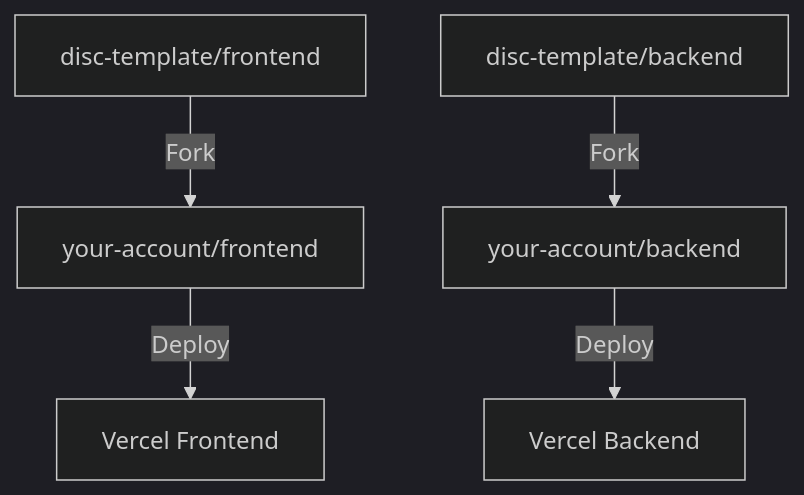
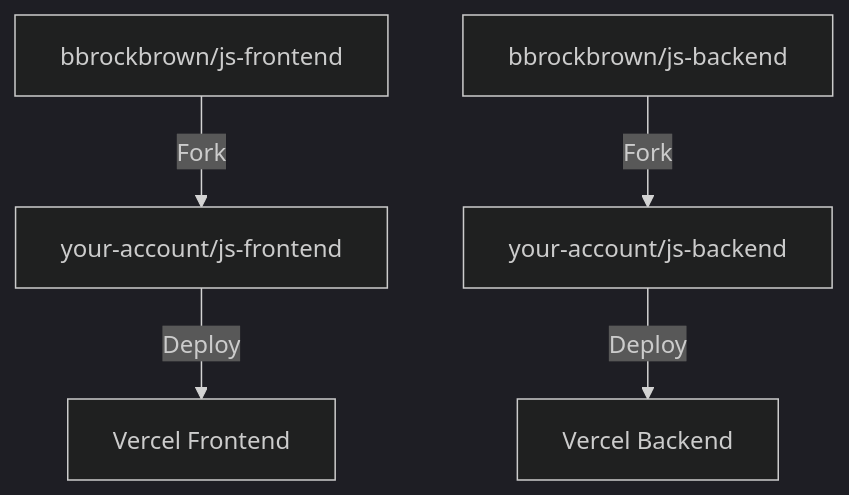
The diagram in docs/discover-program-template-project/getting-started.md (DISC-NU/DISC-Documentation-Website), drawn with Mermaid (dark theme) before and after one commit. The commit also changed other lines of this file and 6 other files, not shown here.

````diff
--- a/docs/discover-program-template-project/getting-started.md
+++ b/docs/discover-program-template-project/getting-started.md
@@ -46,7 +46,7 @@
 ```mermaid
 graph TB
-    A[disc-template/frontend] -->|Fork| B[your-account/frontend]
-    C[disc-template/backend] -->|Fork| D[your-account/backend]
+    A[bbrockbrown/js-frontend] -->|Fork| B[your-account/js-frontend]
+    C[bbrockbrown/js-backend] -->|Fork| D[your-account/js-backend]
     B -->|Deploy| E[Vercel Frontend]
     D -->|Deploy| F[Vercel Backend]
 ```
````
